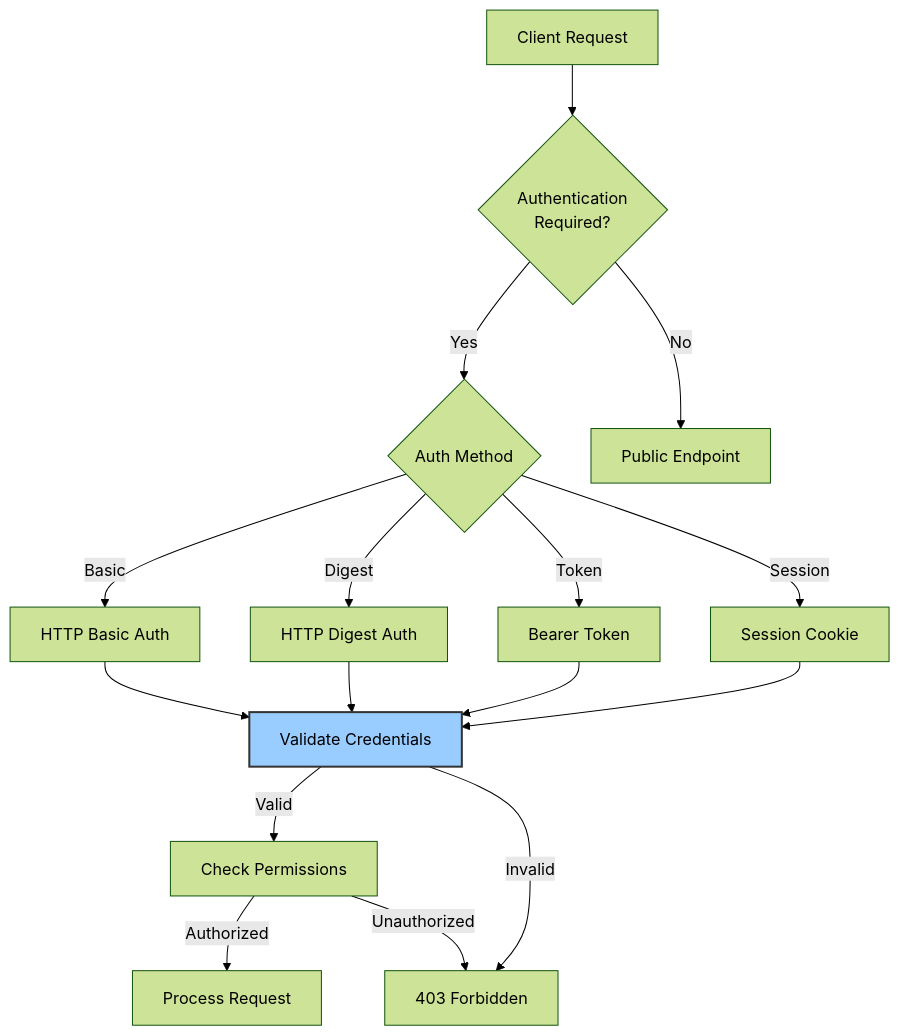
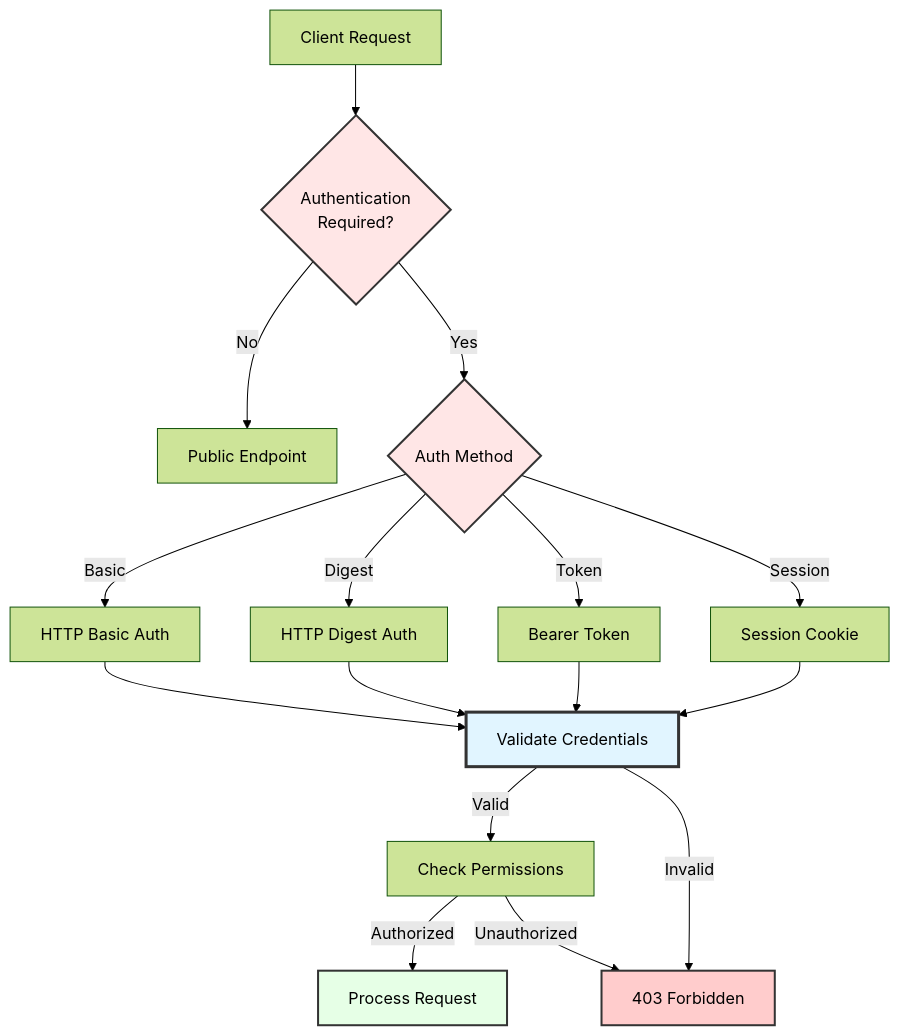
Before and after one commit to JayeshKakkad-Rotoclear/Rotoclear-C-Pro-Docs: the diagram in docs/security/authentication.md, drawn with Mermaid (forest theme). The commit also changed 14 other files, not shown here.

Commit message:
Improve Mermaid diagram formatting for better presentation - Added better spacing, styling, and layout - Enhanced readability with color coding and proper node alignment - Improved subgraph organization - Better decision tree layouts

````diff
--- a/docs/security/authentication.md
+++ b/docs/security/authentication.md
@@ -9,24 +9,28 @@
 ```mermaid
 graph TB
     Client[Client Request] --> Auth{Authentication<br/>Required?}
+    Auth -->|No| Public[Public Endpoint]
     Auth -->|Yes| Method{Auth Method}
-    Auth -->|No| Public[Public Endpoint]
     
     Method -->|Basic| BasicAuth[HTTP Basic Auth]
     Method -->|Digest| DigestAuth[HTTP Digest Auth]
     Method -->|Token| TokenAuth[Bearer Token]
     Method -->|Session| SessionAuth[Session Cookie]
     
     BasicAuth --> Validate[Validate Credentials]
     DigestAuth --> Validate
     TokenAuth --> Validate
     SessionAuth --> Validate
     
     Validate -->|Valid| CheckPerm[Check Permissions]
     Validate -->|Invalid| Deny[403 Forbidden]
     
     CheckPerm -->|Authorized| Allow[Process Request]
     CheckPerm -->|Unauthorized| Deny
     
-    style Validate fill:#9cf,stroke:#333,stroke-width:2px
+    style Auth fill:#ffe6e6,stroke:#333,stroke-width:2px
+    style Method fill:#ffe6e6,stroke:#333,stroke-width:2px
+    style Validate fill:#e1f5ff,stroke:#333,stroke-width:3px
+    style Allow fill:#e6ffe6,stroke:#333,stroke-width:2px
+    style Deny fill:#ffcccc,stroke:#333,stroke-width:2px
 ```
````
